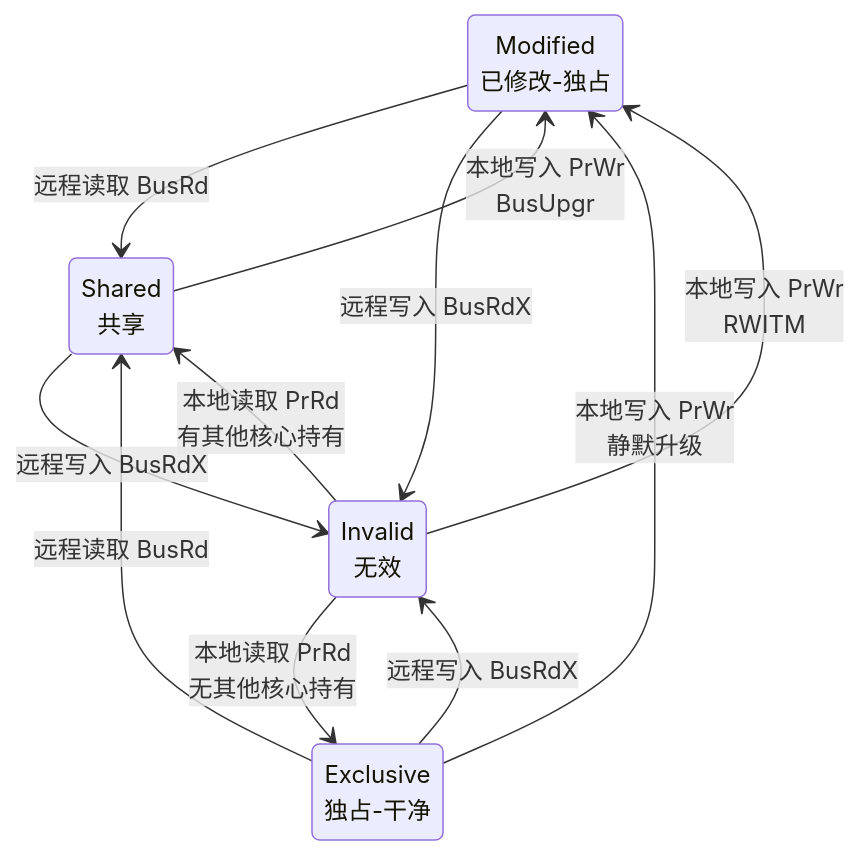
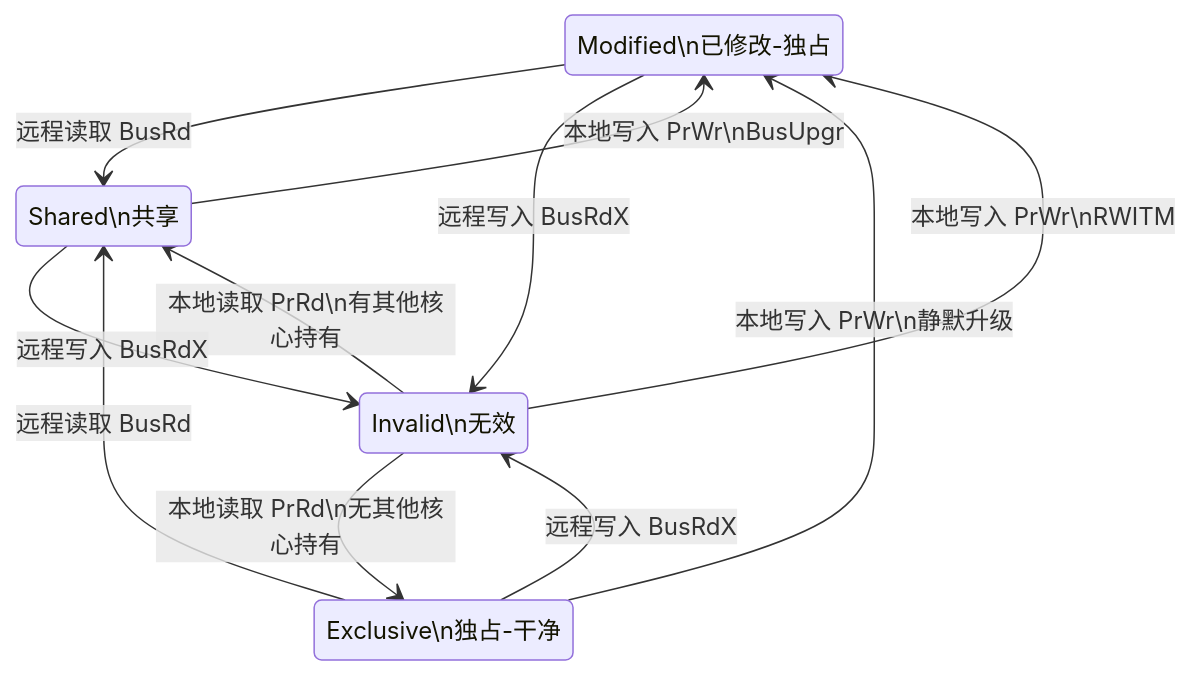
Before and after one commit to yaocat55/yaocat55.github.io: the third of 11 diagrams in content/posts/concurrency/MesiAndJmm.md, drawn with Mermaid. The commit also changed other lines of this file and 155 other files, not shown here.

````diff
--- a/content/posts/concurrency/MesiAndJmm.md
+++ b/content/posts/concurrency/MesiAndJmm.md
@@ -171,18 +185,18 @@
 ```mermaid
 stateDiagram-v2
-    M : Modified<br/>已修改-独占
-    E : Exclusive<br/>独占-干净
-    S : Shared<br/>共享
-    I : Invalid<br/>无效
+    M : Modified\n已修改-独占
+    E : Exclusive\n独占-干净
+    S : Shared\n共享
+    I : Invalid\n无效
 
-    I --> E : 本地读取 PrRd<br/>无其他核心持有
-    I --> S : 本地读取 PrRd<br/>有其他核心持有
-    I --> M : 本地写入 PrWr<br/>RWITM
-    E --> M : 本地写入 PrWr<br/>静默升级
+    I --> E : 本地读取 PrRd\n无其他核心持有
+    I --> S : 本地读取 PrRd\n有其他核心持有
+    I --> M : 本地写入 PrWr\nRWITM
+    E --> M : 本地写入 PrWr\n静默升级
     E --> S : 远程读取 BusRd
     E --> I : 远程写入 BusRdX
-    S --> M : 本地写入 PrWr<br/>BusUpgr
+    S --> M : 本地写入 PrWr\nBusUpgr
     S --> I : 远程写入 BusRdX
     M --> S : 远程读取 BusRd
     M --> I : 远程写入 BusRdX
 ```
````
